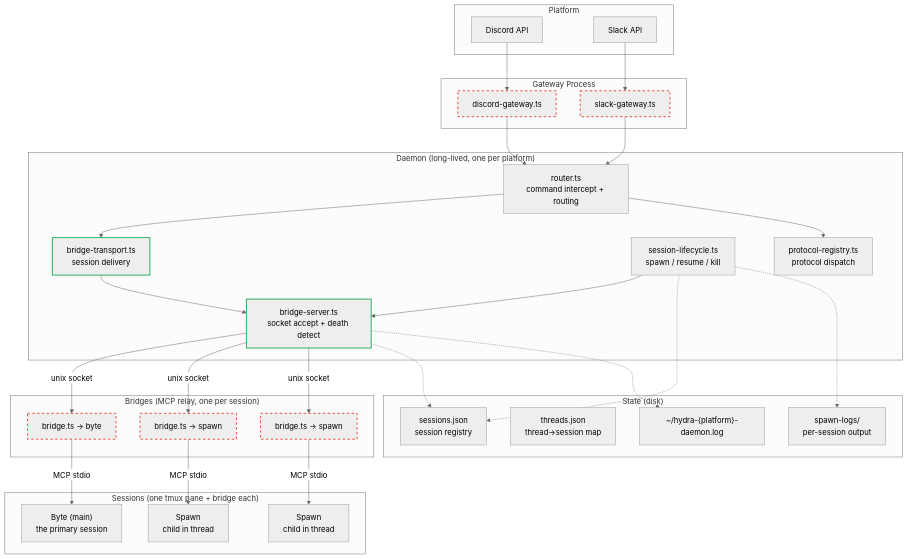
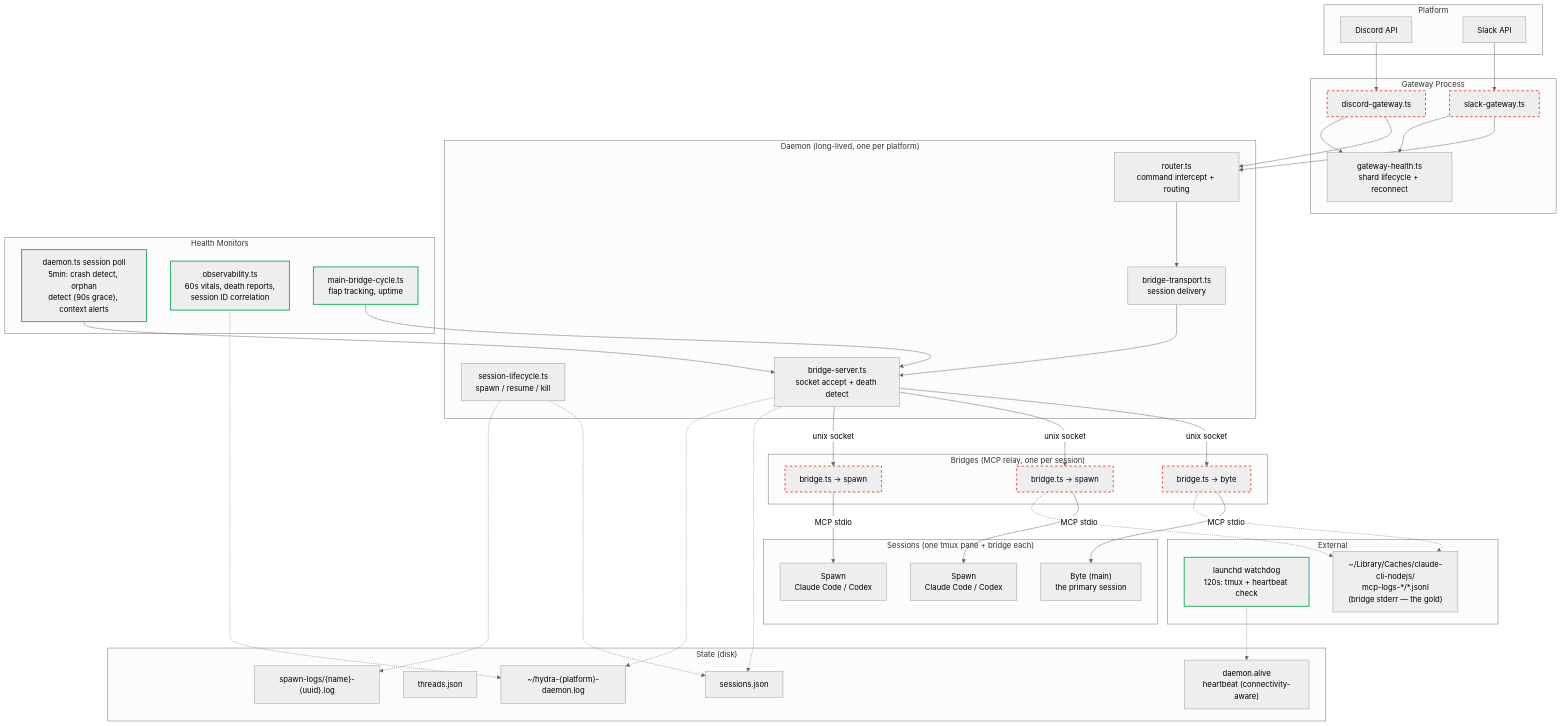
The diagram in diagrams/health-topology.mmd (sf8193/hydra), drawn with Mermaid (neutral theme) before and after one commit. The commit also changed 21 other files, not shown here.

First line of the commit message:
feat: diagram audit + README + CLAUDE.md mention (#193)

```diff
--- a/diagrams/health-topology.mmd
+++ b/diagrams/health-topology.mmd
@@ -1,70 +1,88 @@
-%% Hydra runtime health topology — what runs, how it connects, where it breaks.
+%% Hydra runtime health topology — what runs, how it connects, what monitors it.
 %% Use alongside /debug-hydra-issues for diagnostic orientation.
 
 flowchart TD
     subgraph platform["Platform"]
         discord["Discord API"]
         slack["Slack API"]
     end
 
     subgraph gateway["Gateway Process"]
         dg["discord-gateway.ts"]
         sg["slack-gateway.ts"]
+        gwh["gateway-health.ts<br/>shard lifecycle + reconnect"]
     end
 
     subgraph daemon["Daemon (long-lived, one per platform)"]
         router["router.ts<br/>command intercept + routing"]
         transport["bridge-transport.ts<br/>session delivery"]
         lifecycle["session-lifecycle.ts<br/>spawn / resume / kill"]
-        registry["protocol-registry.ts<br/>protocol dispatch"]
         server["bridge-server.ts<br/>socket accept + death detect"]
+    end
+
+    subgraph health["Health Monitors"]
+        poll["daemon.ts session poll<br/>5min: crash detect, orphan<br/>detect (90s grace), context alerts"]
+        obs["observability.ts<br/>60s vitals, death reports,<br/>session ID correlation"]
+        mbc["main-bridge-cycle.ts<br/>flap tracking, uptime"]
     end
 
     subgraph sessions["Sessions (one tmux pane + bridge each)"]
         byte["Byte (main)<br/>the primary session"]
-        spawn1["Spawn<br/>child in thread"]
-        spawn2["Spawn<br/>child in thread"]
+        spawn1["Spawn<br/>Claude Code / Codex"]
+        spawn2["Spawn<br/>Claude Code / Codex"]
     end
 
     subgraph bridges["Bridges (MCP relay, one per session)"]
         b0["bridge.ts → byte"]
         b1["bridge.ts → spawn"]
         b2["bridge.ts → spawn"]
     end
 
     subgraph state["State (disk)"]
-        sj["sessions.json<br/>session registry"]
-        tj["threads.json<br/>thread→session map"]
-        logs["spawn-logs/<br/>per-session output"]
+        sj["sessions.json"]
+        tj["threads.json"]
+        logs["spawn-logs/{name}-{uuid}.log"]
         dlog["~/hydra-{platform}-daemon.log"]
+        alive["daemon.alive<br/>heartbeat (connectivity-aware)"]
+    end
+
+    subgraph external["External"]
+        watchdog["launchd watchdog<br/>120s: tmux + heartbeat check"]
+        mcp_logs["~/Library/Caches/claude-cli-nodejs/<br/>mcp-logs-*/*.jsonl<br/>(bridge stderr — the gold)"]
     end
 
     discord --> dg
     slack --> sg
     dg --> router
     sg --> router
+    dg --> gwh
+    sg --> gwh
 
     router --> transport
-    router --> registry
     transport --> server
 
     server -- "unix socket" --> b0
     server -- "unix socket" --> b1
     server -- "unix socket" --> b2
 
     b0 -- "MCP stdio" --> byte
     b1 -- "MCP stdio" --> spawn1
     b2 -- "MCP stdio" --> spawn2
 
-    lifecycle --> server
+    poll --> server
+    obs -.-> dlog
+    mbc --> server
+    watchdog -.-> alive
+
     lifecycle -.-> sj
+    lifecycle -.-> logs
     server -.-> sj
     server -.-> dlog
-    lifecycle -.-> logs
+    b0 -.-> mcp_logs
+    b1 -.-> mcp_logs
 
-    %% Failure annotations
     classDef fail stroke:#e74c3c,stroke-width:2px,stroke-dasharray:5 5
     classDef health stroke:#27ae60,stroke-width:2px
 
-    class server,transport health
+    class poll,obs,mbc,watchdog health
     class dg,sg,b0,b1,b2 fail
```
